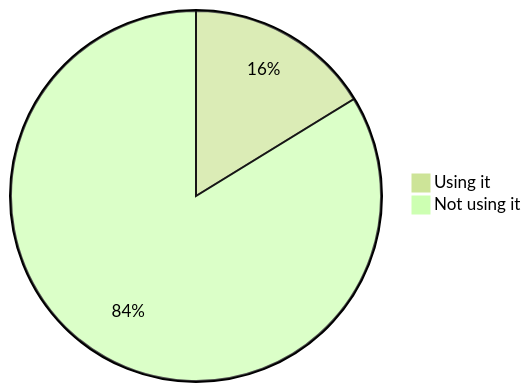
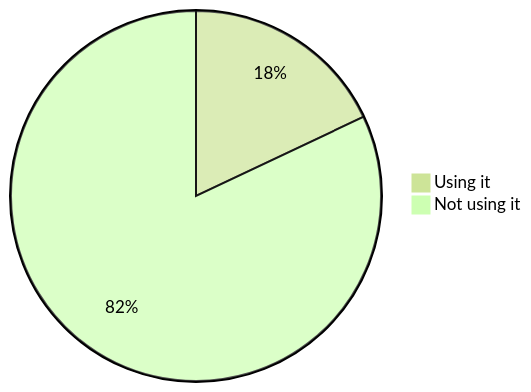
One commit to oshp/oshp-stats changed the fourth of 22 diagrams in stats.md. Above: the diagram before and after it, drawn with Mermaid (forest theme). The commit also changed other lines of this file, not shown here.

````diff
--- a/stats.md
+++ b/stats.md
@@ -46,6 +46,6 @@
 ```mermaid
 pie
-	"Using it" : 16.24
-	"Not using it" : 83.76
+	"Using it" : 17.97
+	"Not using it" : 82.03
 
 ```
````
